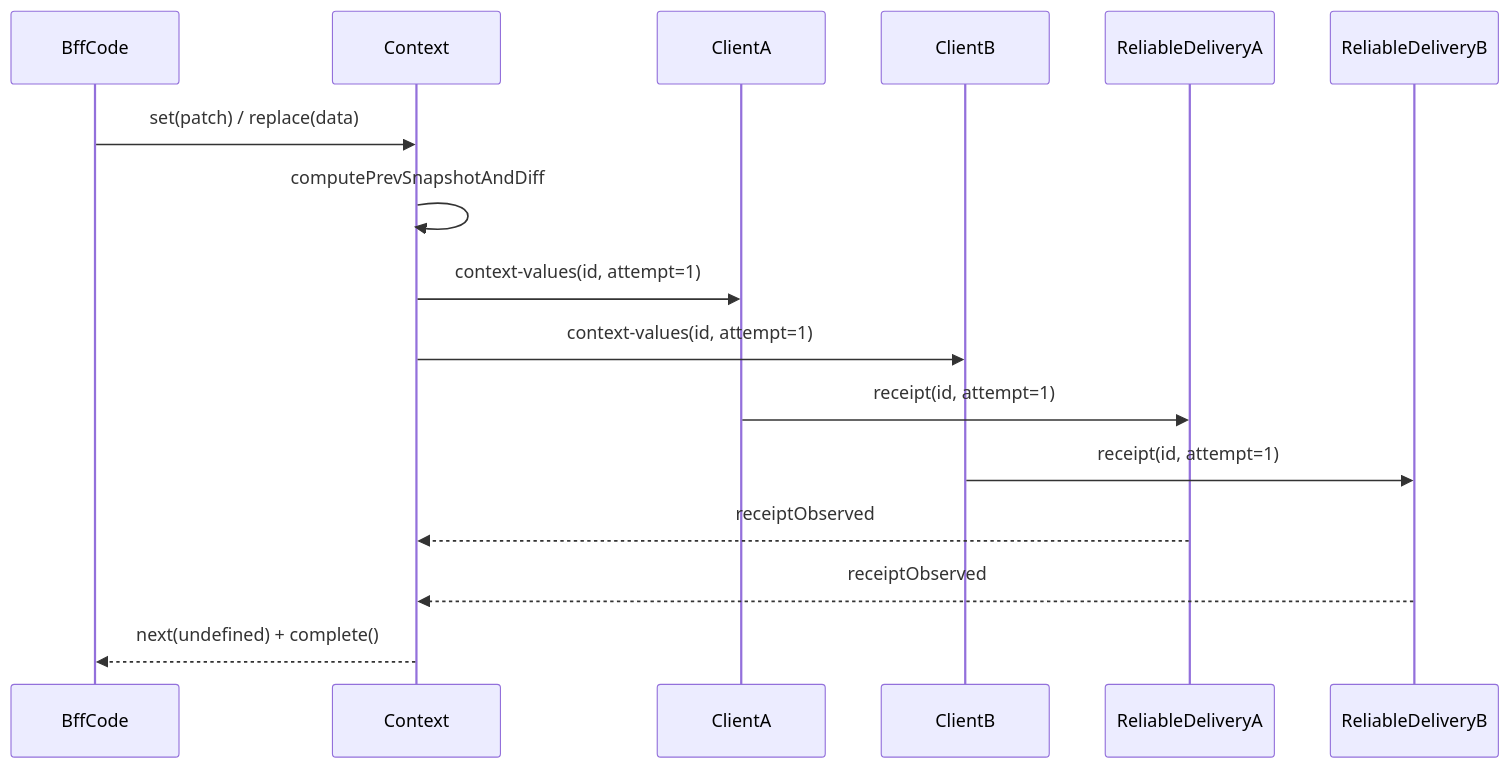
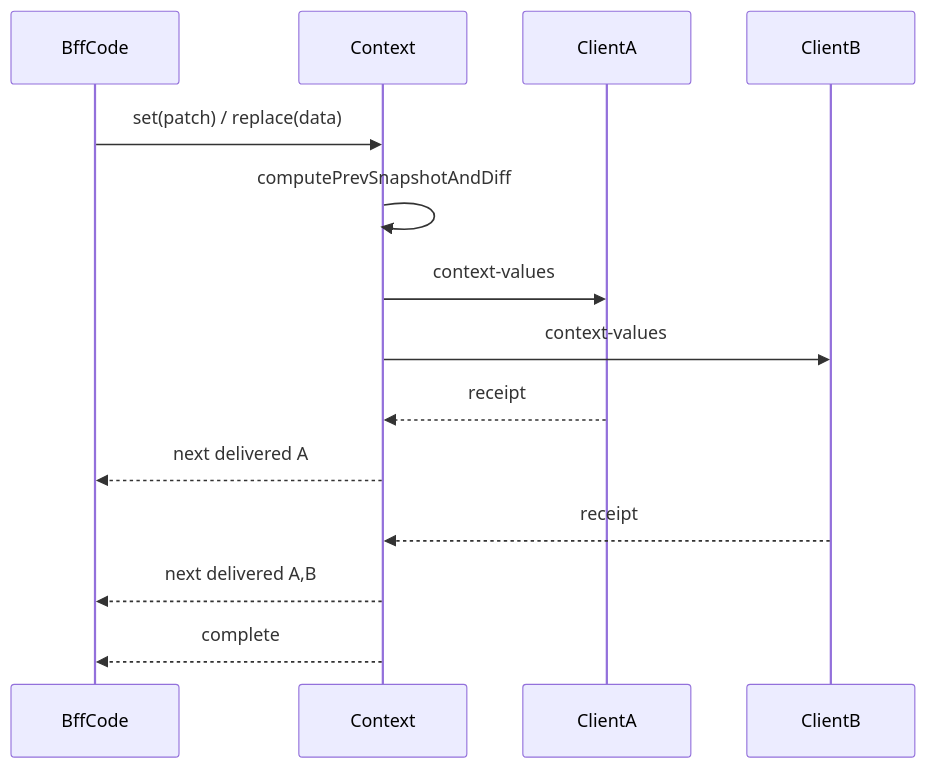
Before and after one commit to matreshka-dev/matreshka: the first of 2 diagrams in docs/architecture/context-update-delivery.md, drawn with Mermaid. The commit also changed other lines of this file and 10 other files, not shown here.

````diff
--- a/docs/architecture/context-update-delivery.md
+++ b/docs/architecture/context-update-delivery.md
@@ -41,19 +50,17 @@
 ```mermaid
 sequenceDiagram
   participant bffCode as BffCode
   participant ctx as Context
   participant clientA as ClientA
   participant clientB as ClientB
-  participant deliveryA as ReliableDeliveryA
-  participant deliveryB as ReliableDeliveryB
 
   bffCode->>ctx: set(patch) / replace(data)
   ctx->>ctx: computePrevSnapshotAndDiff
-  ctx->>clientA: context-values(id, attempt=1)
-  ctx->>clientB: context-values(id, attempt=1)
-  clientA->>deliveryA: receipt(id, attempt=1)
-  clientB->>deliveryB: receipt(id, attempt=1)
-  deliveryA-->>ctx: receiptObserved
-  deliveryB-->>ctx: receiptObserved
-  ctx-->>bffCode: next(undefined) + complete()
+  ctx->>clientA: context-values
+  ctx->>clientB: context-values
+  clientA-->>ctx: receipt
+  ctx-->>bffCode: next delivered A
+  clientB-->>ctx: receipt
+  ctx-->>bffCode: next delivered A,B
+  ctx-->>bffCode: complete
 ```
````
